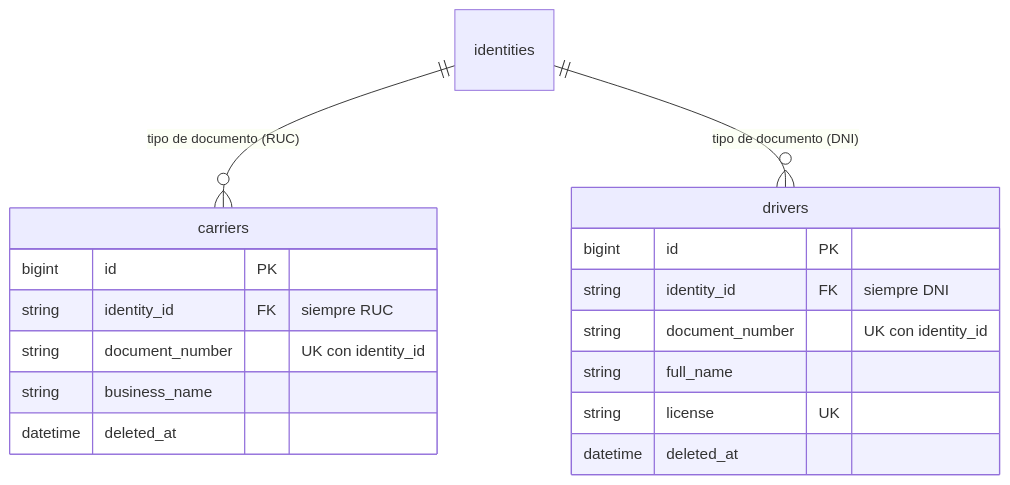
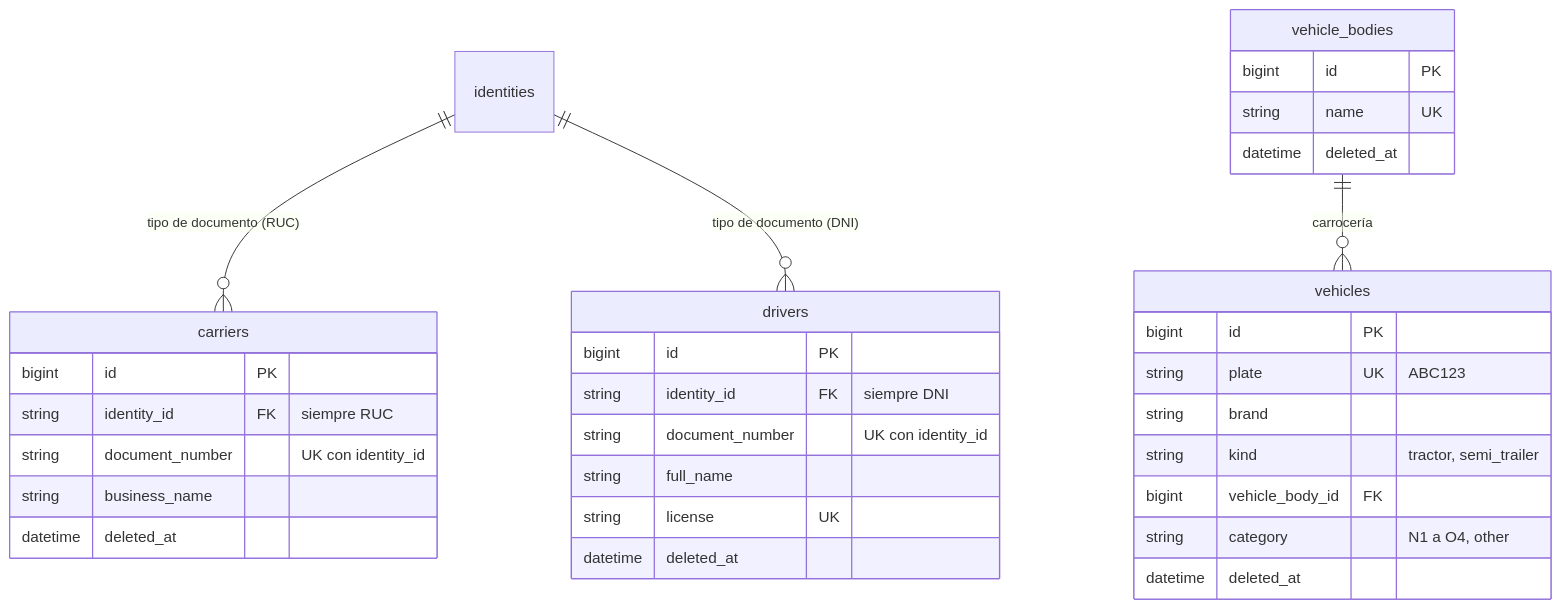
One commit to Cerati1998/SIGLA-TOS changed the fifth of 5 diagrams in docs/database.md. Above: the diagram before and after it, drawn with Mermaid. The commit also changed other lines of this file and 8 other files, not shown here.

````diff
--- a/docs/database.md
+++ b/docs/database.md
@@ -189,21 +191,36 @@
 ```mermaid
 erDiagram
   identities ||--o{ carriers : "tipo de documento (RUC)"
   identities ||--o{ drivers : "tipo de documento (DNI)"
+  vehicle_bodies ||--o{ vehicles : "carrocería"
 
   carriers {
     bigint id PK
     string identity_id FK "siempre RUC"
     string document_number "UK con identity_id"
     string business_name
     datetime deleted_at
   }
   drivers {
     bigint id PK
     string identity_id FK "siempre DNI"
     string document_number "UK con identity_id"
     string full_name
     string license UK
     datetime deleted_at
   }
+  vehicle_bodies {
+    bigint id PK
+    string name UK
+    datetime deleted_at
+  }
+  vehicles {
+    bigint id PK
+    string plate UK "ABC123"
+    string brand
+    string kind "tractor, semi_trailer"
+    bigint vehicle_body_id FK
+    string category "N1 a O4, other"
+    datetime deleted_at
+  }
 ```
````
